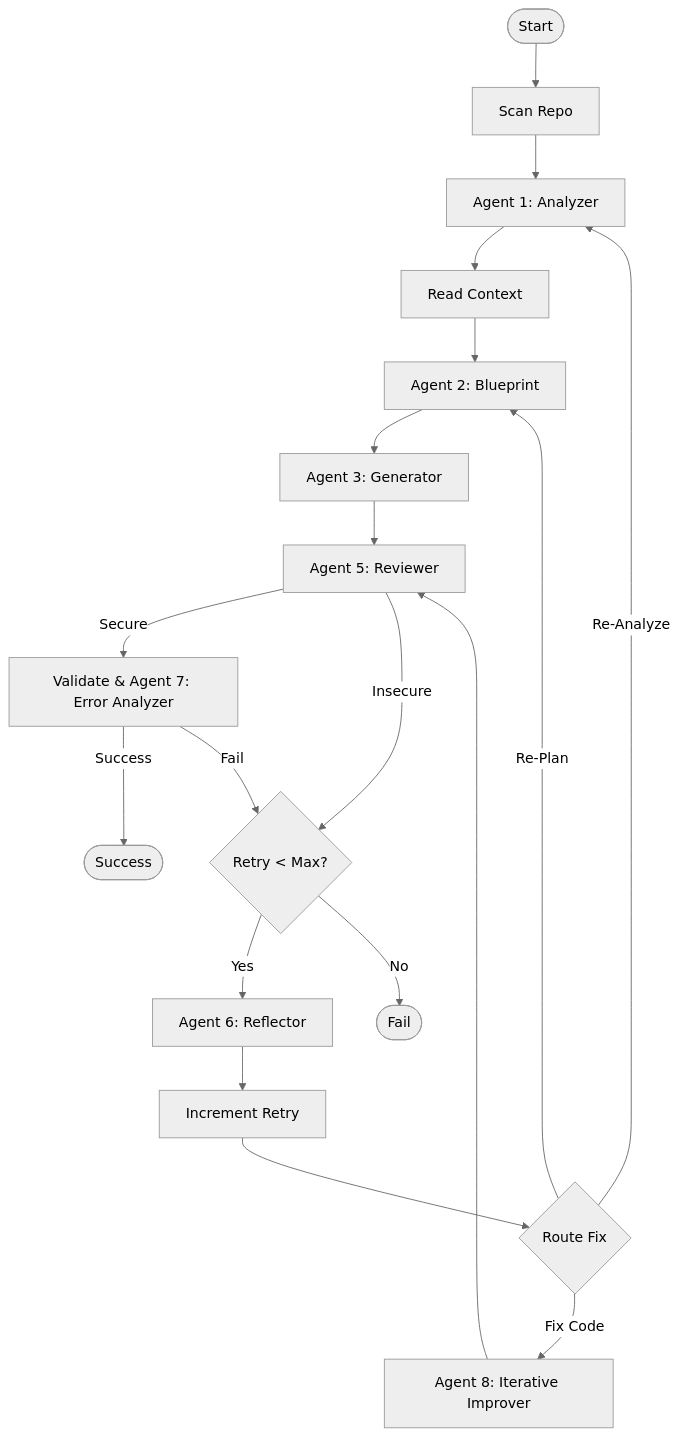
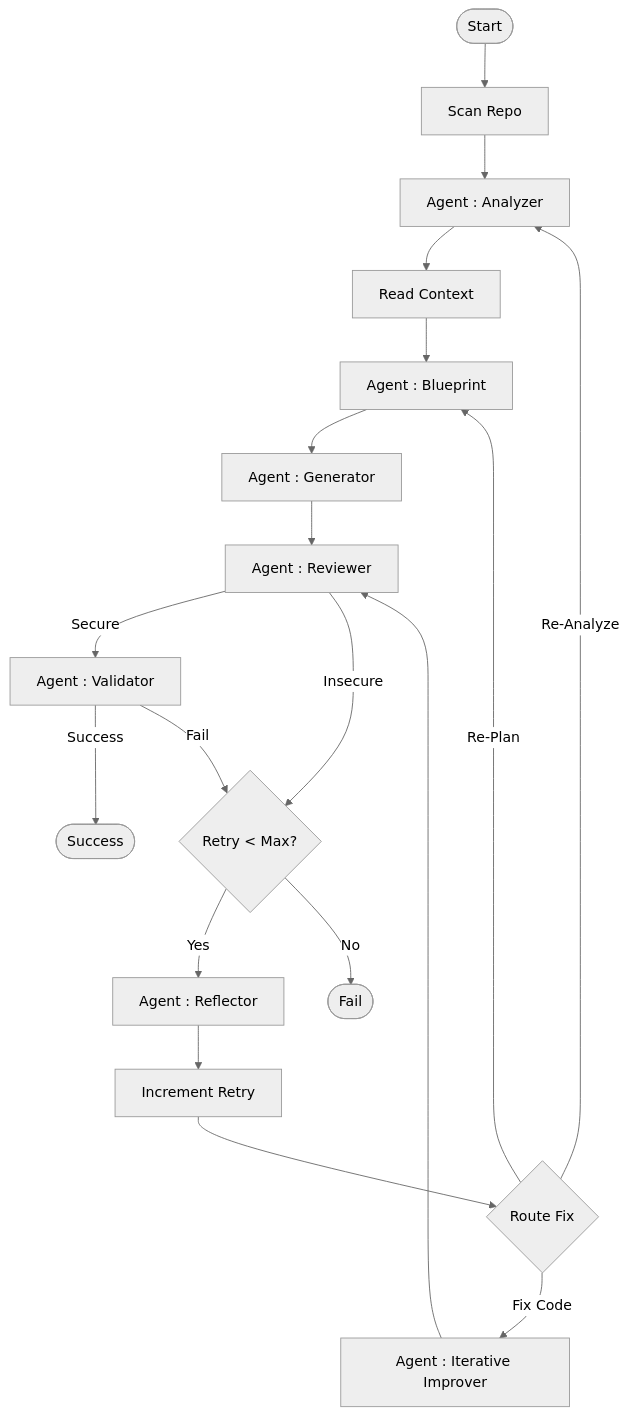
The diagram in README.md (actions-marketplace-validations/itzzjb_dockai), drawn with Mermaid (neutral theme) before and after one commit. The commit also changed 1 other file, not shown here.

Commit message:
docs: Remove agent numbering and simplify validator agent name in architecture diagrams.

````diff
--- a/README.md
+++ b/README.md
@@ -60,26 +60,26 @@
 ```mermaid
 graph TD
     Start([Start]) --> Scan[Scan Repo]
-    Scan --> Analyze[Agent 1: Analyzer]
+    Scan --> Analyze[Agent : Analyzer]
     Analyze --> ReadFiles[Read Context]
-    ReadFiles --> Blueprint[Agent 2: Blueprint]
-    Blueprint --> Generate[Agent 3: Generator]
-    Generate --> Review[Agent 5: Reviewer]
+    ReadFiles --> Blueprint[Agent : Blueprint]
+    Blueprint --> Generate[Agent : Generator]
+    Generate --> Review[Agent : Reviewer]
     
-    Review -->|Secure| Validate[Validate & Agent 7: Error Analyzer]
+    Review -->|Secure| Validate[Agent : Validator]
     Review -->|Insecure| CheckRetry{Retry < Max?}
     
     Validate -->|Success| End([Success])
     Validate -->|Fail| CheckRetry
     
-    CheckRetry -->|Yes| Reflect[Agent 6: Reflector]
+    CheckRetry -->|Yes| Reflect[Agent : Reflector]
     CheckRetry -->|No| EndFail([Fail])
     
     Reflect --> IncRetry[Increment Retry]
     IncRetry --> Route{Route Fix}
     
     Route -->|Re-Analyze| Analyze
     Route -->|Re-Plan| Blueprint
-    Route -->|Fix Code| Improver[Agent 8: Iterative Improver]
+    Route -->|Fix Code| Improver[Agent : Iterative Improver]
     Improver --> Review
 ```
````
